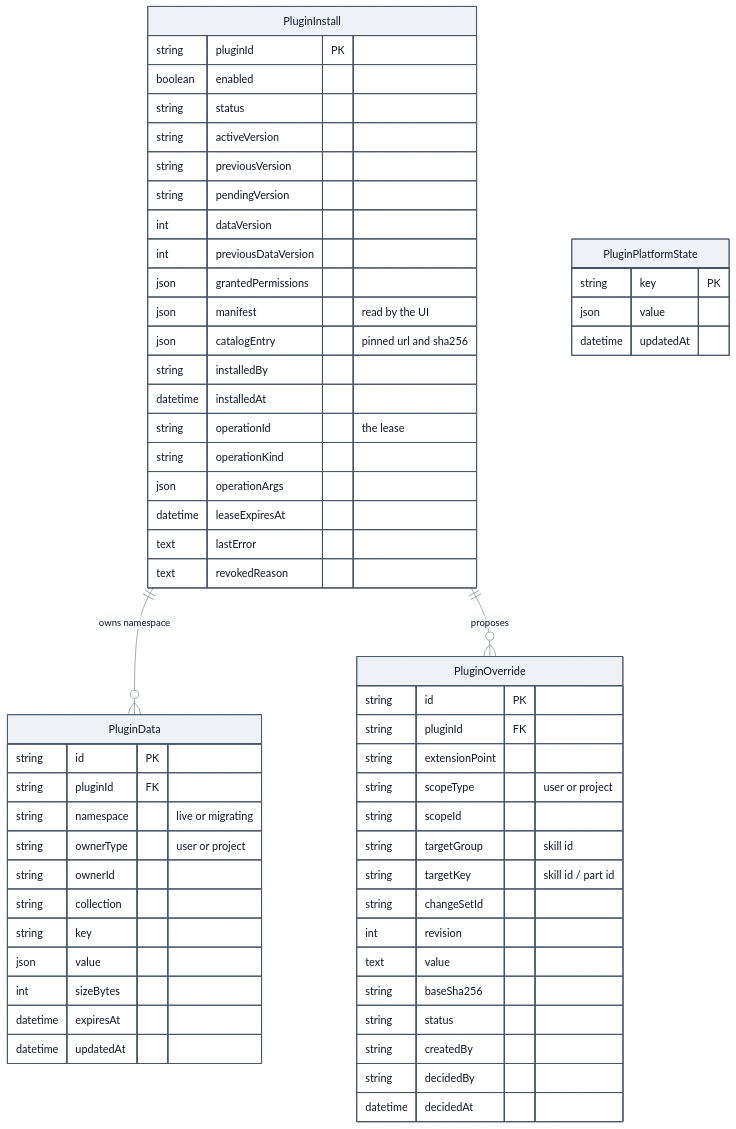
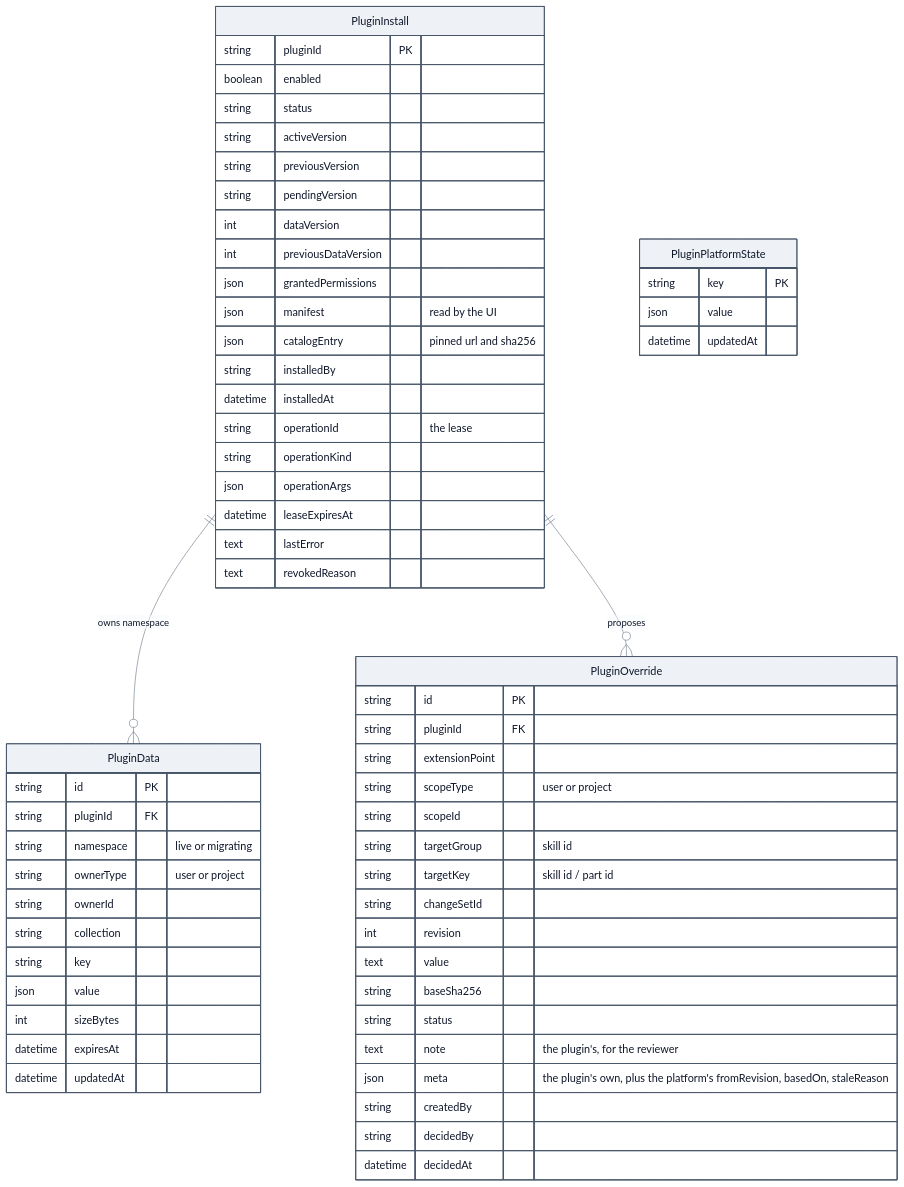
One commit to EntroVyx/redamon changed the sixth of 16 diagrams in docs/readmes/README.PLUGINS.md. Above: the diagram before and after it, drawn with Mermaid. The commit also changed other lines of this file and 1 other file, not shown here.

First line of the commit message:
docs(plugins): describe the platform as built, with the plugin SDK reference

````diff
--- a/docs/readmes/README.PLUGINS.md
+++ b/docs/readmes/README.PLUGINS.md
@@ -735,63 +792,65 @@
 ```mermaid
 %%{init: {"theme": "base", "themeVariables": {"primaryColor": "#EEF2F7", "primaryTextColor": "#0F172A", "primaryBorderColor": "#475569", "secondaryColor": "#E2E8F0", "tertiaryColor": "#F8FAFC", "lineColor": "#7B8794", "textColor": "#0F172A", "clusterBkg": "#F8FAFC", "clusterBorder": "#94A3B8", "titleColor": "#0F172A", "edgeLabelBackground": "#FFFFFF", "relationLabelBackground": "#FFFFFF", "relationLabelColor": "#0F172A", "attributeBackgroundColorOdd": "#FFFFFF", "attributeBackgroundColorEven": "#F8FAFC", "actorBkg": "#EEF2F7", "actorBorder": "#475569", "actorTextColor": "#0F172A", "actorLineColor": "#7B8794", "signalColor": "#7B8794", "signalTextColor": "#0F172A", "labelBoxBkgColor": "#E2E8F0", "labelBoxBorderColor": "#475569", "labelTextColor": "#0F172A", "loopTextColor": "#0F172A", "noteBkgColor": "#FFF7D6", "noteTextColor": "#0F172A", "noteBorderColor": "#B7A24A", "sequenceNumberColor": "#FFFFFF"}, "themeCSS": ".labelBkg { background-color: #FFFFFF !important; } .relationshipLabelBox { opacity: 1 !important; }"}}%%
 erDiagram
     PluginInstall ||--o{ PluginData : "owns namespace"
     PluginInstall ||--o{ PluginOverride : "proposes"
 
     PluginInstall {
         string pluginId PK
         boolean enabled
         string status
         string activeVersion
         string previousVersion
         string pendingVersion
         int dataVersion
         int previousDataVersion
         json grantedPermissions
         json manifest "read by the UI"
         json catalogEntry "pinned url and sha256"
         string installedBy
         datetime installedAt
         string operationId "the lease"
         string operationKind
         json operationArgs
         datetime leaseExpiresAt
         text lastError
         text revokedReason
     }
     PluginData {
         string id PK
         string pluginId FK
         string namespace "live or migrating"
         string ownerType "user or project"
         string ownerId
         string collection
         string key
         json value
         int sizeBytes
         datetime expiresAt
         datetime updatedAt
     }
     PluginOverride {
         string id PK
         string pluginId FK
         string extensionPoint
         string scopeType "user or project"
         string scopeId
         string targetGroup "skill id"
         string targetKey "skill id / part id"
         string changeSetId
         int revision
         text value
         string baseSha256
         string status
+        text note "the plugin's, for the reviewer"
+        json meta "the plugin's own, plus the platform's fromRevision, basedOn, staleReason"
         string createdBy
         string decidedBy
         datetime decidedAt
     }
     PluginPlatformState {
         string key PK
         json value
         datetime updatedAt
     }
 ```
````
